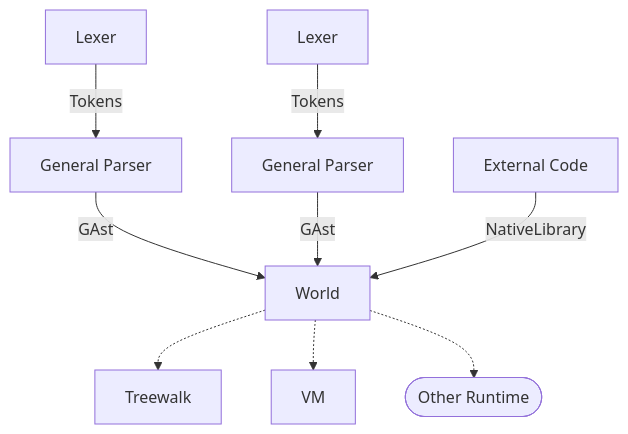
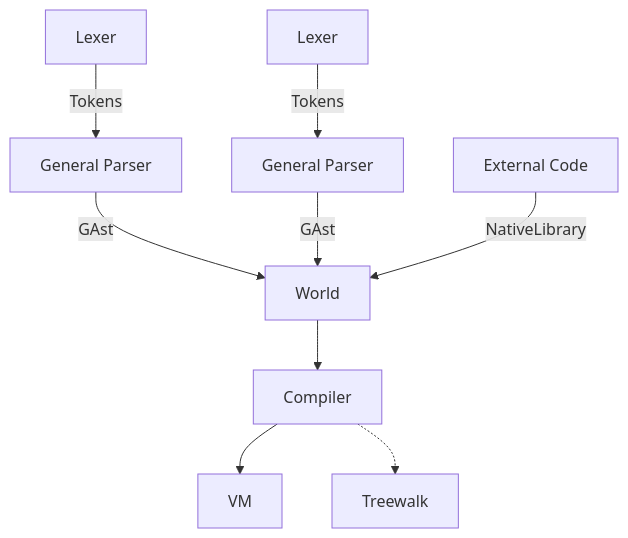
One commit to Jengamon/magus-scheme changed the diagram in README.md. Above: the diagram before and after it, drawn with Mermaid. The commit also changed other lines of this file and 20 other files, not shown here.

````diff
--- a/README.md
+++ b/README.md
@@ -5,11 +5,11 @@
 ```mermaid
 graph TD
     lex[Lexer] -->|Tokens| gparse[General Parser]
     lex2[Lexer] -->|Tokens| gparse2[General Parser]
     gparse -->|GAst| wd
     gparse2 -->|GAst| wd
     ext[External Code] --> |NativeLibrary| wd
-    wd[World] -.-> Treewalk
-    wd -.-> VM
-    wd -.-> obk([Other Runtime])
+    wd[World] --> Compiler
+    Compiler --> VM
+    Compiler -.-> Treewalk
 ```
````
